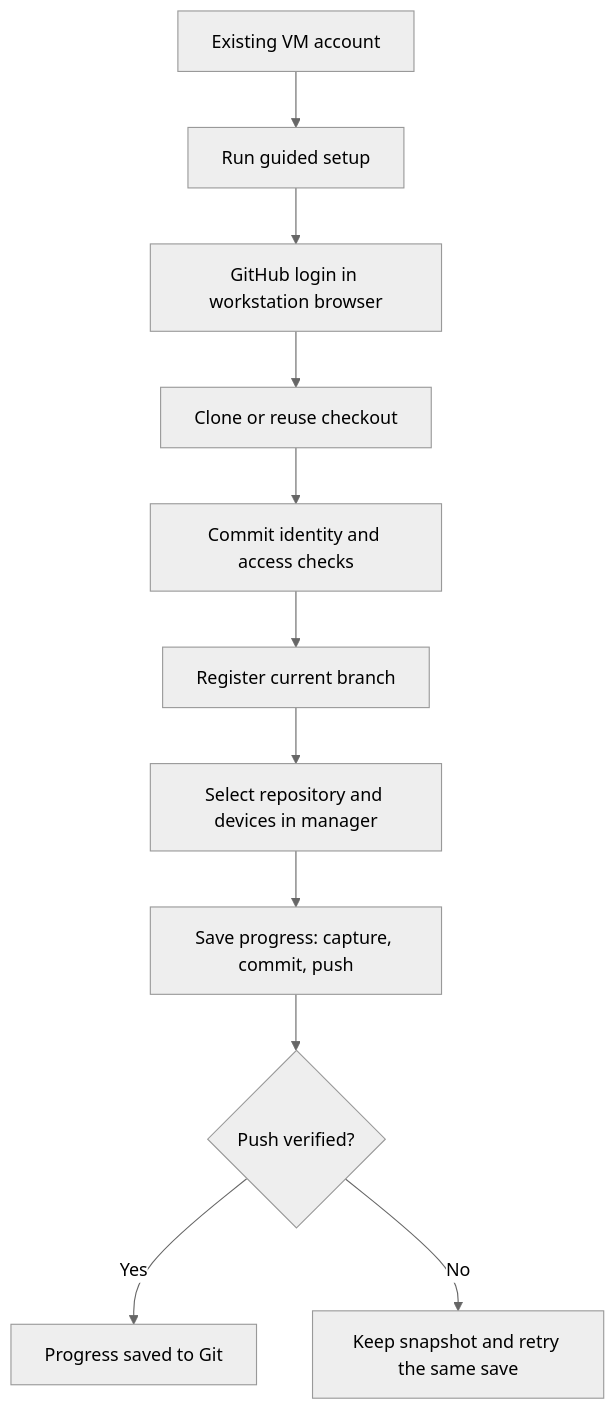
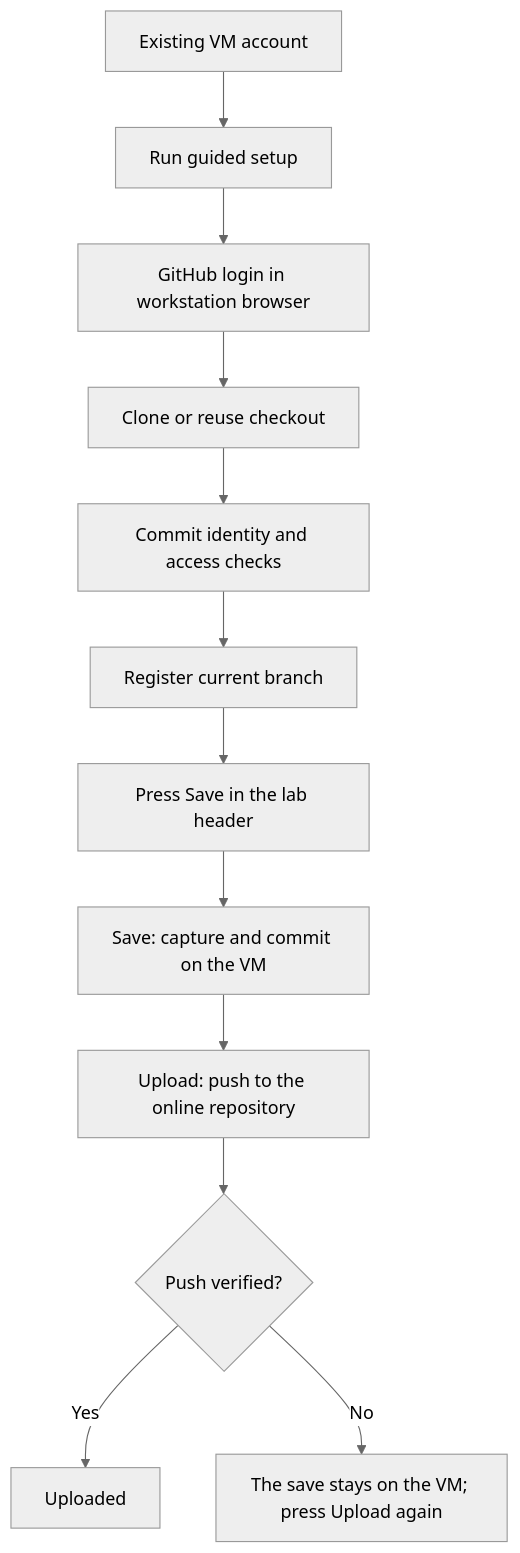
Before and after one commit to ArchRuger/CLAB-BACKUP-WORKER-v2: the diagram in docs/GIT-SETUP.md, drawn with Mermaid (neutral theme). The commit also changed other lines of this file and 10 other files, not shown here.

````diff
--- a/docs/GIT-SETUP.md
+++ b/docs/GIT-SETUP.md
@@ -91,13 +95,14 @@
 ```mermaid
 flowchart TD
     A[Existing VM account] --> B[Run guided setup]
     B --> C[GitHub login in workstation browser]
     C --> D[Clone or reuse checkout]
     D --> E[Commit identity and access checks]
     E --> F[Register current branch]
-    F --> G[Select repository and devices in manager]
-    G --> H[Save progress: capture, commit, push]
-    H --> I{Push verified?}
-    I -- Yes --> J[Progress saved to Git]
-    I -- No --> K[Keep snapshot and retry the same save]
+    F --> G[Press Save in the lab header]
+    G --> H[Save: capture and commit on the VM]
+    H --> I[Upload: push to the online repository]
+    I --> J{Push verified?}
+    J -- Yes --> K[Uploaded]
+    J -- No --> L[The save stays on the VM; press Upload again]
 ```
````
